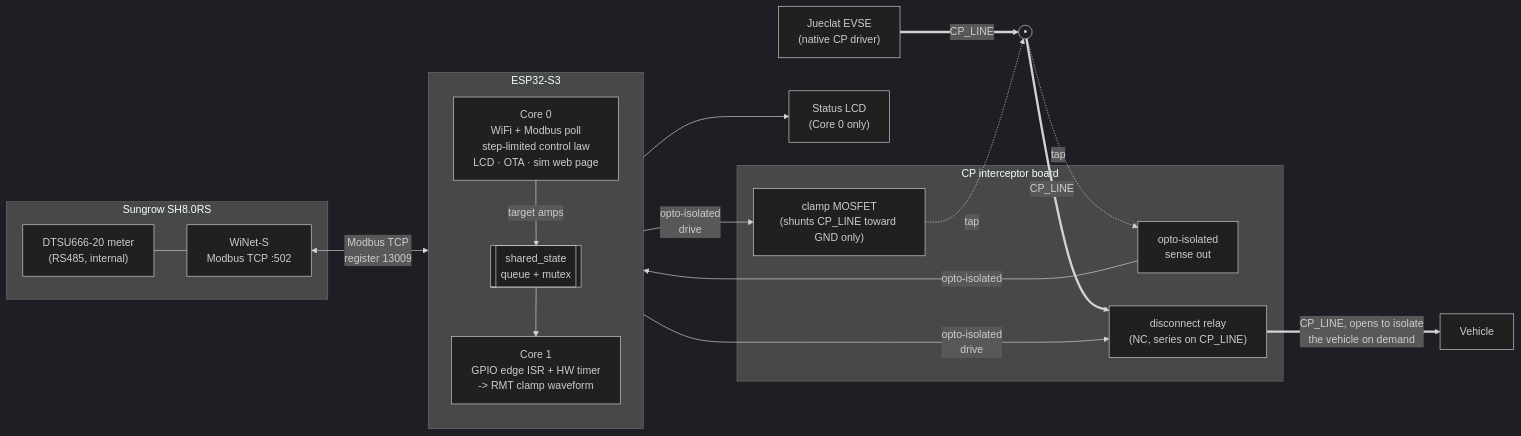
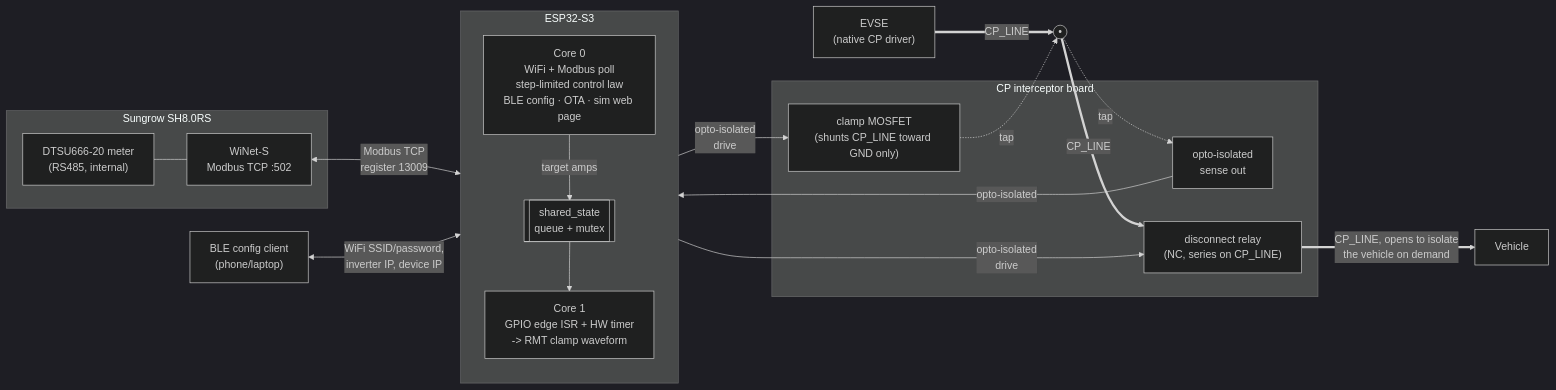
The diagram in README.md (niftyforger/solar-ev-charge-controller), drawn with Mermaid (dark theme) before and after one commit. The commit also changed other lines of this file and 35 other files, not shown here.

````diff
--- a/README.md
+++ b/README.md
@@ -11,36 +11,36 @@
 ```mermaid
 flowchart LR
     subgraph inv["Sungrow SH8.0RS"]
         meter["DTSU666-20 meter\n(RS485, internal)"]
         winet["WiNet-S\nModbus TCP :502"]
     end
 
     subgraph esp["ESP32-S3"]
         direction TB
-        core0["Core 0\nWiFi + Modbus poll\nstep-limited control law\nLCD · OTA · sim web page"]
+        core0["Core 0\nWiFi + Modbus poll\nstep-limited control law\nBLE config · OTA · sim web page"]
         bridge[["shared_state\nqueue + mutex"]]
         core1["Core 1\nGPIO edge ISR + HW timer\n-> RMT clamp waveform"]
         core0 -- "target amps" --> bridge --> core1
     end
 
     subgraph cp["CP interceptor board"]
         sense["opto-isolated\nsense out"]
         clamp["clamp MOSFET\n(shunts CP_LINE toward GND only)"]
         relay["disconnect relay\n(NC, series on CP_LINE)"]
     end
 
-    lcd["Status LCD\n(Core 0 only)"]
+    ble["BLE config client\n(phone/laptop)"]
 
     winet <-->|"Modbus TCP\nregister 13009"| core0
     meter --- winet
-    core0 --> lcd
+    ble <-->|"WiFi SSID/password,\ninverter IP, device IP"| core0
     core1 -->|"opto-isolated\ndrive"| clamp
     core1 -->|"opto-isolated\ndrive"| relay
     sense -->|"opto-isolated"| core1
 
-    jueclat["Jueclat EVSE\n(native CP driver)"] == "CP_LINE" ==> tap(("•"))
+    evse["EVSE\n(native CP driver)"] == "CP_LINE" ==> tap(("•"))
     tap == "CP_LINE" ==> relay
     relay == "CP_LINE, opens to isolate\nthe vehicle on demand" ==> vehicle["Vehicle"]
     tap -.->|"tap"| sense
     clamp -.->|"tap"| tap
 ```
````
